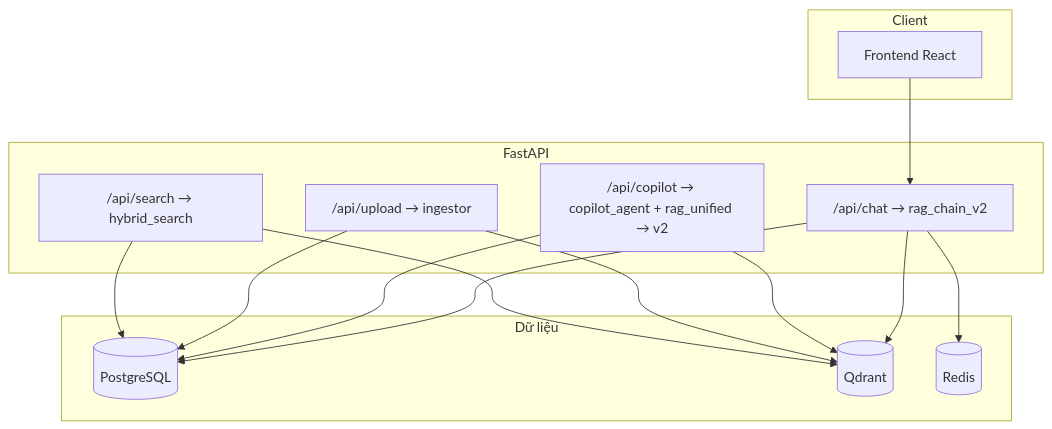
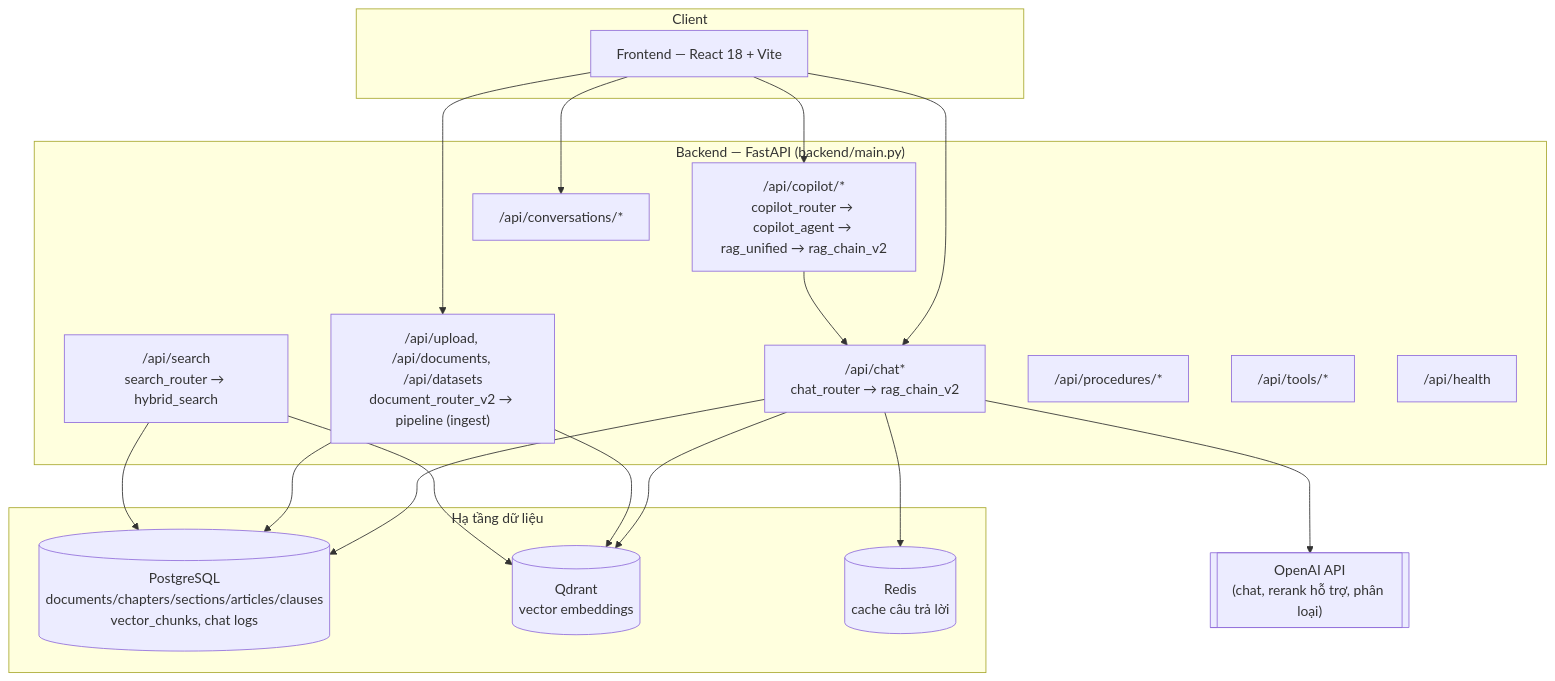
Before and after one commit to 1luvlyly1/tracuuvanban1: the first of 2 diagrams in README.md, drawn with Mermaid. The commit also changed other lines of this file, not shown here.

Commit message:
Rewrite README to focus on current architecture

````diff
--- a/README.md
+++ b/README.md
@@ -12,27 +9,40 @@
 ```mermaid
 flowchart TB
-  subgraph clients["Client"]
-    FE[Frontend React]
+  subgraph client["Client"]
+    FE["Frontend — React 18 + Vite"]
   end
-  subgraph api["FastAPI"]
-    CHAT["/api/chat → rag_chain_v2"]
-    COP["/api/copilot → copilot_agent + rag_unified → v2"]
-    UP["/api/upload → ingestor"]
-    SR["/api/search → hybrid_search"]
+
+  subgraph api["Backend — FastAPI (backend/main.py)"]
+    CHAT["/api/chat*\nchat_router → rag_chain_v2"]
+    COP["/api/copilot/*\ncopilot_router → copilot_agent → rag_unified → rag_chain_v2"]
+    DOC["/api/upload, /api/documents, /api/datasets\ndocument_router_v2 → pipeline (ingest)"]
+    SR["/api/search\nsearch_router → hybrid_search"]
+    PROC["/api/procedures/*"]
+    CONV["/api/conversations/*"]
+    TOOLS["/api/tools/*"]
+    HEALTH["/api/health"]
   end
-  subgraph data["Dữ liệu"]
-    PG[(PostgreSQL)]
-    QD[(Qdrant)]
-    RD[(Redis)]
+
+  subgraph data["Hạ tầng dữ liệu"]
+    PG[("PostgreSQL\ndocuments/chapters/sections/articles/clauses\nvector_chunks, chat logs")]
+    QD[("Qdrant\nvector embeddings")]
+    RD[("Redis\ncache câu trả lời")]
   end
+
+  LLM[["OpenAI API\n(chat, rerank hỗ trợ, phân loại)"]]
+
   FE --> CHAT
+  FE --> COP
+  FE --> DOC
+  FE --> CONV
+
   CHAT --> PG
   CHAT --> QD
   CHAT --> RD
-  COP --> PG
-  COP --> QD
-  UP --> PG
-  UP --> QD
+  CHAT --> LLM
+  COP --> CHAT
+  DOC --> PG
+  DOC --> QD
   SR --> PG
   SR --> QD
 ```
````
